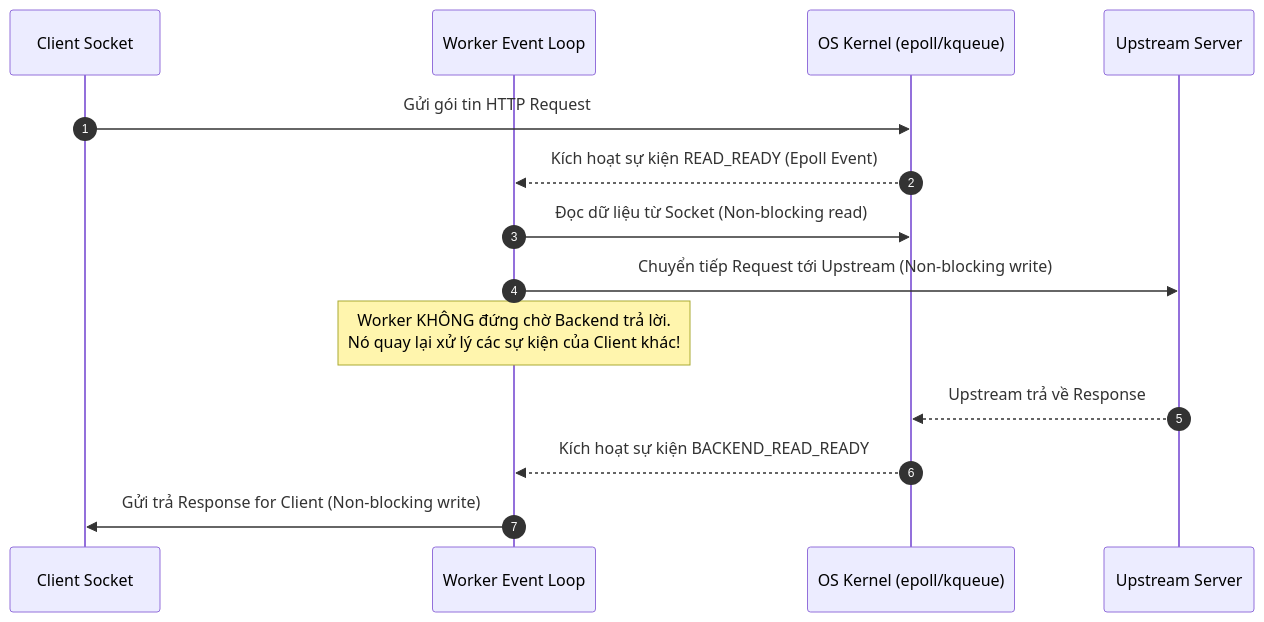
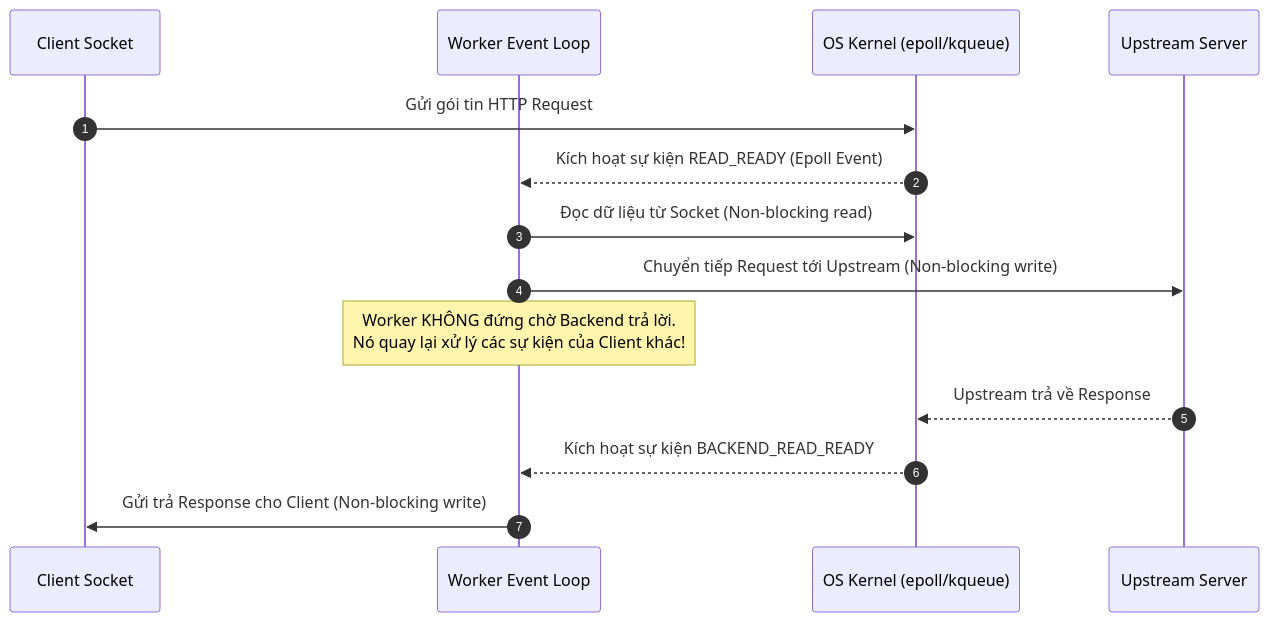
One commit to MaiTheHao/docs changed the second of 3 diagrams in nginx/02_architecture_and_core_concepts.md. Above: the diagram before and after it, drawn with Mermaid. The commit also changed other lines of this file and 18 other files, not shown here.

````diff
--- a/nginx/02_architecture_and_core_concepts.md
+++ b/nginx/02_architecture_and_core_concepts.md
@@ -100,17 +110,19 @@
 ```mermaid
 sequenceDiagram
+    accTitle: "Vòng lặp Sự kiện Bất đồng bộ Không chặn"
+    accDescr: "Trình tự xử lý kết nối HTTP bất đồng bộ giữa Client, OS Kernel, Worker Event Loop và Upstream Server."
     autonumber
     participant Client as Client Socket
     participant EventLoop as Worker Event Loop
     participant Kernel as OS Kernel (epoll/kqueue)
     participant Backend as Upstream Server
 
     Client->>Kernel: Gửi gói tin HTTP Request
     Kernel-->>EventLoop: Kích hoạt sự kiện READ_READY (Epoll Event)
     EventLoop->>Kernel: Đọc dữ liệu từ Socket (Non-blocking read)
     EventLoop->>Backend: Chuyển tiếp Request tới Upstream (Non-blocking write)
     Note over EventLoop: Worker KHÔNG đứng chờ Backend trả lời.<br/>Nó quay lại xử lý các sự kiện của Client khác!
     Backend-->>Kernel: Upstream trả về Response
     Kernel-->>EventLoop: Kích hoạt sự kiện BACKEND_READ_READY
-    EventLoop->>Client: Gửi trả Response for Client (Non-blocking write)
+    EventLoop->>Client: Gửi trả Response cho Client (Non-blocking write)
 ```
````
